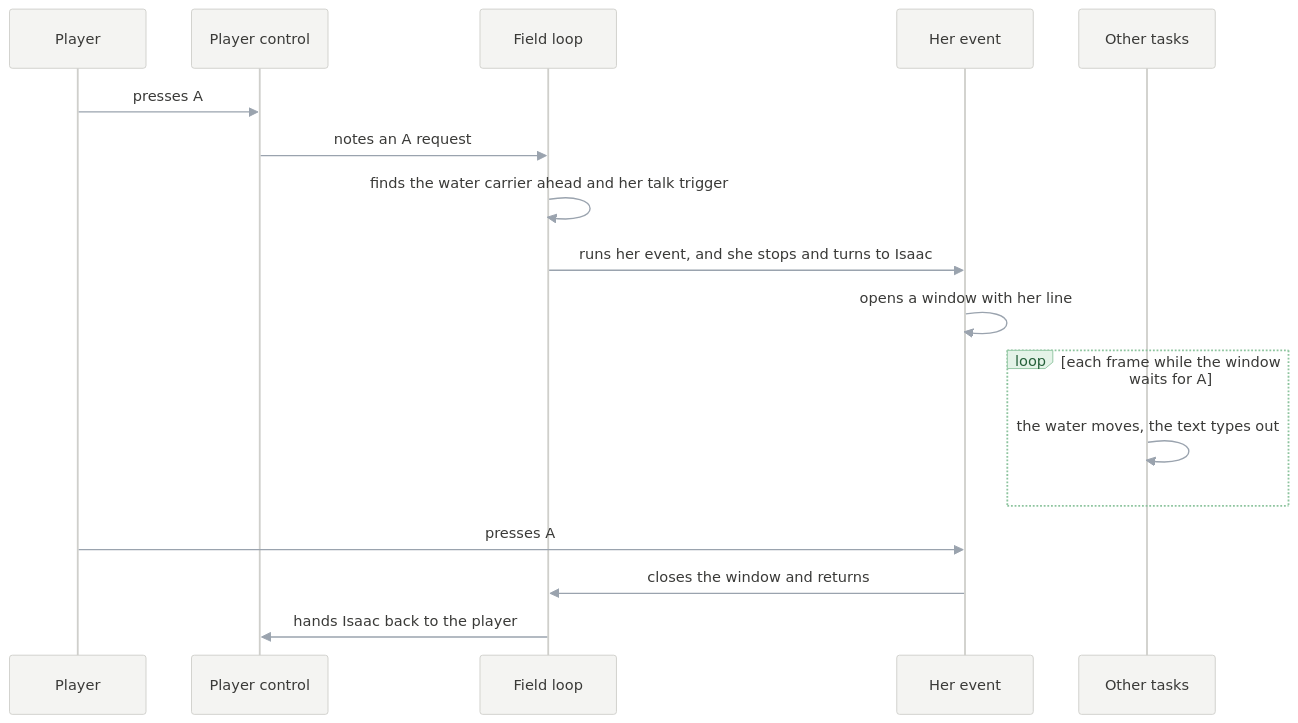
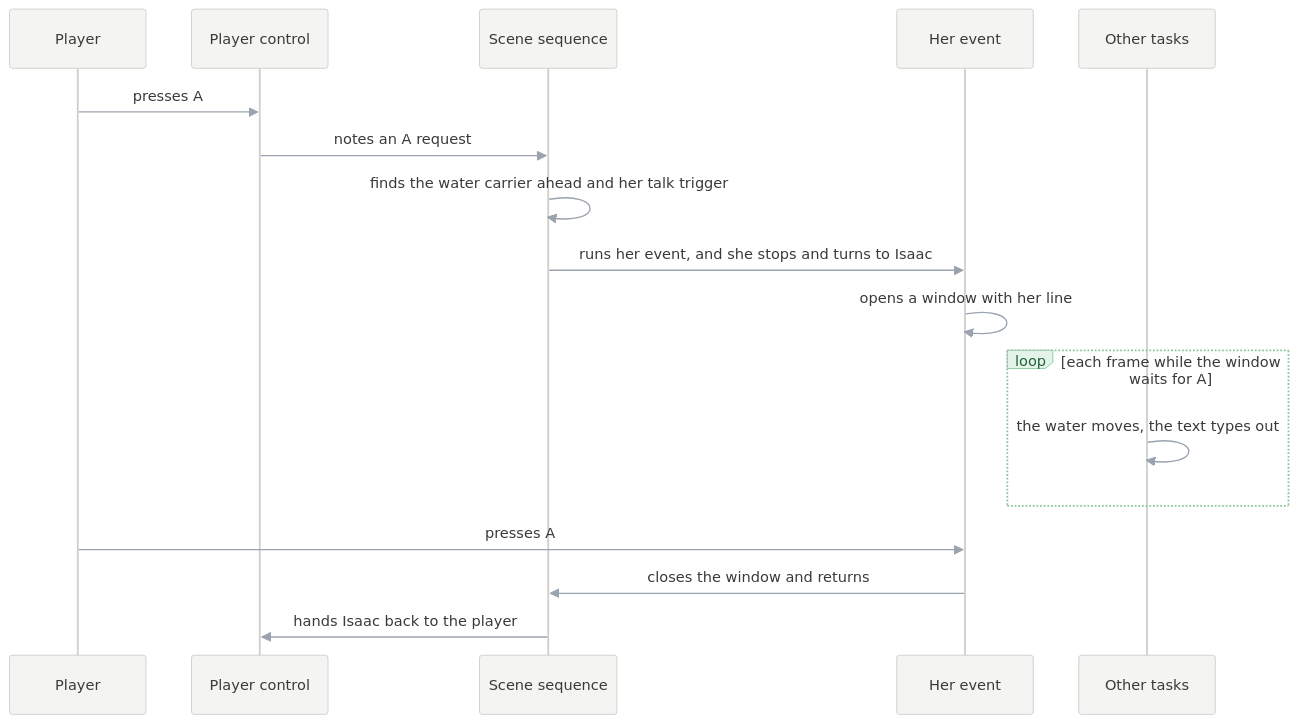
One commit to PascalPixel/alchemy changed the ninth of 9 diagrams in games/tbs/README.md. Above: the diagram before and after it, drawn with Mermaid. The commit also changed other lines of this file and 99 other files, not shown here.

````diff
--- a/games/tbs/README.md
+++ b/games/tbs/README.md
@@ -389,20 +392,20 @@
 ```mermaid
 %%{init: {"theme": "base", "themeVariables": {"actorBkg": "#F4F4F2", "actorBorder": "#CFCFCB", "actorTextColor": "#3A3A38", "signalColor": "#9AA3AE", "signalTextColor": "#3A3A38", "noteBkgColor": "#FBE7C6", "noteBorderColor": "#E0B46A", "noteTextColor": "#7A5212", "loopTextColor": "#3A3A38", "labelBoxBkgColor": "#E4F3E8", "labelBoxBorderColor": "#8DC49E", "labelTextColor": "#25603A"}}}%%
 sequenceDiagram
   participant P as Player
   participant C as Player control
-  participant M as Field loop
+  participant M as Scene sequence
   participant E as Her event
   participant T as Other tasks
   P->>C: presses A
   C->>M: notes an A request
   M->>M: finds the water carrier ahead and her talk trigger
   M->>E: runs her event, and she stops and turns to Isaac
   E->>E: opens a window with her line
   loop each frame while the window waits for A
     T->>T: the water moves, the text types out
   end
   P->>E: presses A
   E->>M: closes the window and returns
   M->>C: hands Isaac back to the player
 ```
````
